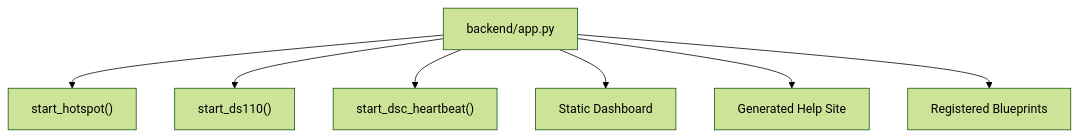
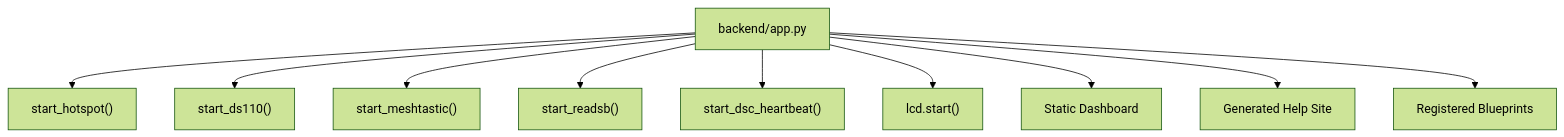
The third of 10 diagrams in tracker-mini/frontend/help/docs/developer/architecture.md (iz0qwm/drone_detector_antsdr_dronescout), drawn with Mermaid (forest theme) before and after one commit. The commit also changed other lines of this file and 19 other files, not shown here.

````diff
--- a/tracker-mini/frontend/help/docs/developer/architecture.md
+++ b/tracker-mini/frontend/help/docs/developer/architecture.md
@@ -137,20 +140,26 @@
 ```mermaid
 flowchart TD
 
     App["backend/app.py"]
 
     Hotspot["start_hotspot()"]
     DS110["start_ds110()"]
+    Mesh["start_meshtastic()"]
+    Readsb["start_readsb()"]
     Heartbeat["start_dsc_heartbeat()"]
+    LCD["lcd.start()"]
 
     Static["Static Dashboard"]
     Help["Generated Help Site"]
     Blueprints["Registered Blueprints"]
 
     App --> Hotspot
     App --> DS110
+    App --> Mesh
+    App --> Readsb
     App --> Heartbeat
+    App --> LCD
     App --> Static
     App --> Help
     App --> Blueprints
 ```
````
